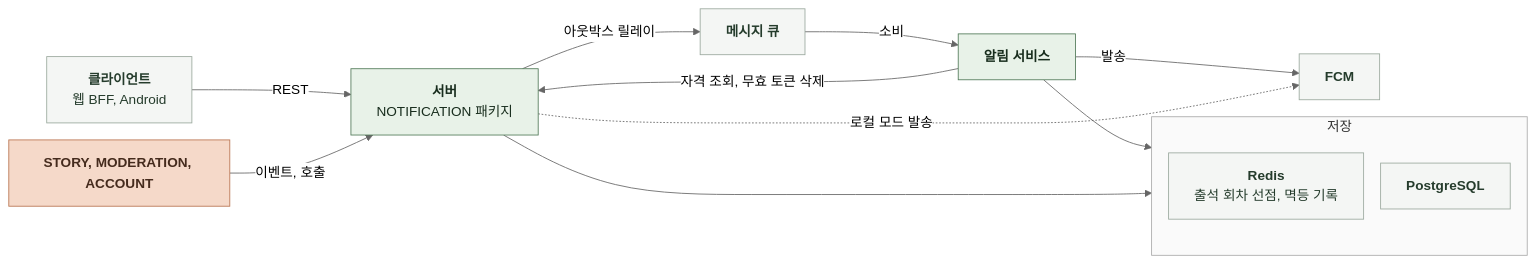
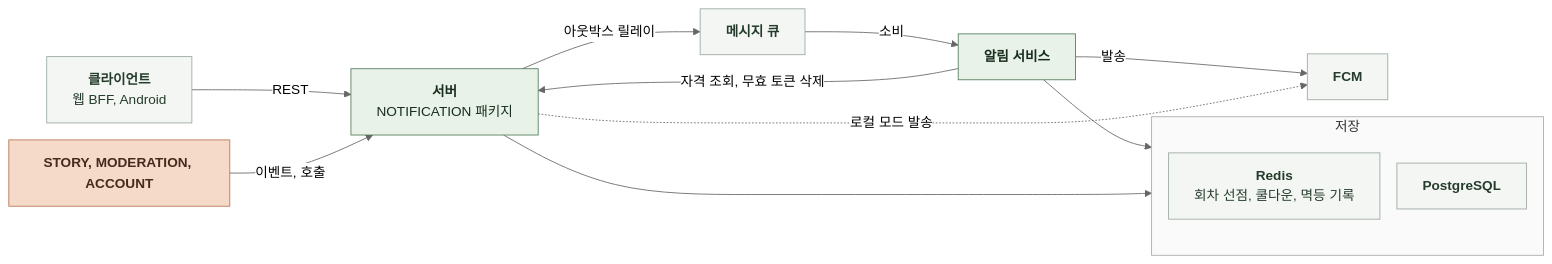
The diagram in docs/domain/NOTIFICATION/BACKEND/3-1-SOFTWARE-ARCHITECTURE.md (KIM-N-KANG/knk-harness), drawn with Mermaid (neutral theme) before and after one commit. The commit also changed other lines of this file and 16 other files, not shown here.

````diff
--- a/docs/domain/NOTIFICATION/BACKEND/3-1-SOFTWARE-ARCHITECTURE.md
+++ b/docs/domain/NOTIFICATION/BACKEND/3-1-SOFTWARE-ARCHITECTURE.md
@@ -21,28 +21,28 @@
 ```mermaid
 %%{init: {"flowchart": {"curve": "basis", "nodeSpacing": 20, "rankSpacing": 60}}}%%
 flowchart LR
     C["`**클라이언트**
 웹 BFF, Android`"] -->|REST| S["`**서버**
 NOTIFICATION 패키지`"]
     O["`**STORY, MODERATION, ACCOUNT**`"] -->|이벤트, 호출| S
     S -->|아웃박스 릴레이| Q["`**메시지 큐**`"]
     Q -->|소비| N["`**알림 서비스**`"]
     N -->|자격 조회, 무효 토큰 삭제| S
     N -->|발송| F["`**FCM**`"]
     S -.->|로컬 모드 발송| F
     S --> ST
     N --> R
     subgraph ST["저장"]
         direction TB
         DB["`**PostgreSQL**`"]
         R["`**Redis**
-출석 회차 선점, 멱등 기록`"]
+회차 선점, 쿨다운, 멱등 기록`"]
     end
     classDef ext fill:#F4F6F4,stroke:#9BA99E,color:#253C2C
     classDef comp fill:#E8F2E8,stroke:#527A59,color:#182D1D
     classDef task fill:#F5D9C9,stroke:#B97450,color:#452B1D
     class C,Q,F,DB,R ext
     class S,N comp
     class O task
     style ST fill:#FAFAFA,stroke:#AAAAAA
 ```
````
